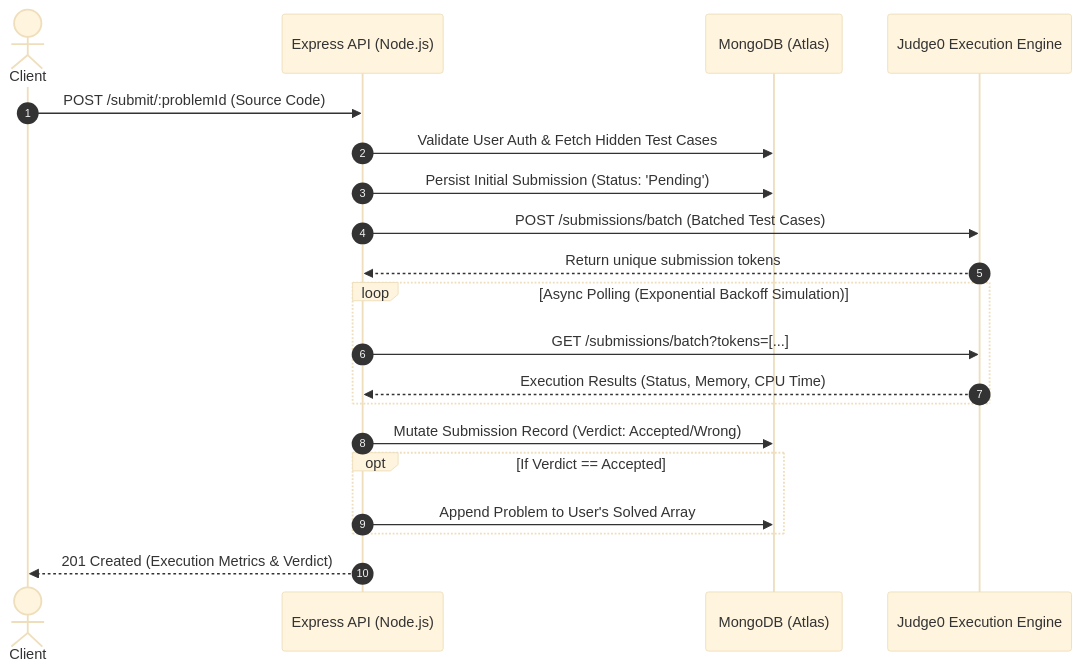
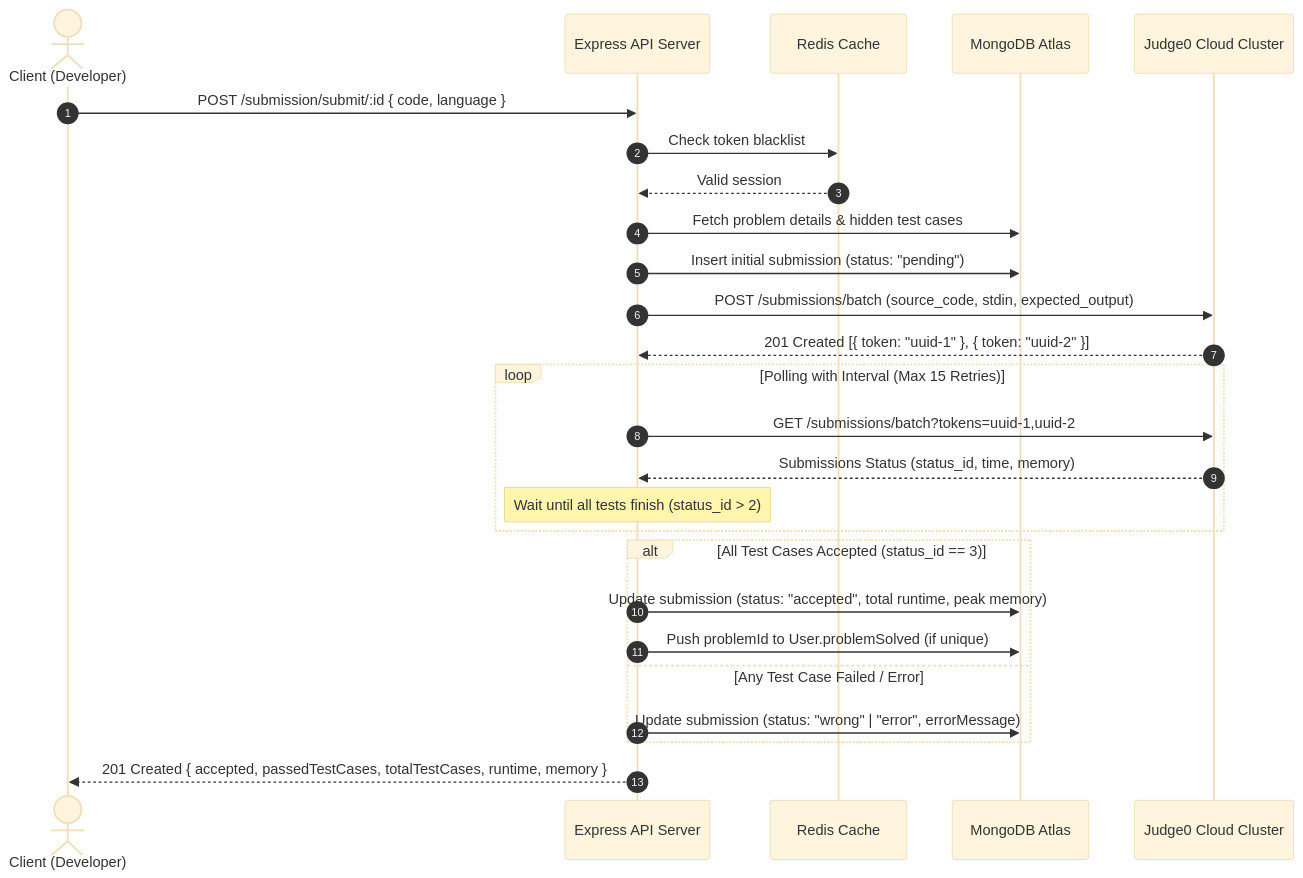
The second of 5 diagrams in README.md (Hardoo-009/NexCode-backend), drawn with Mermaid (base theme) before and after one commit. The commit also changed other lines of this file and 4 other files, not shown here.

````diff
--- a/README.md
+++ b/README.md
@@ -32,25 +116,32 @@
 ```mermaid
 sequenceDiagram
     autonumber
-    actor Client
-    participant API as Express API (Node.js)
-    participant DB as MongoDB (Atlas)
-    participant Engine as Judge0 Execution Engine
+    actor User as Client (Developer)
+    participant API as Express API Server
+    participant Redis as Redis Cache
+    participant DB as MongoDB Atlas
+    participant J0 as Judge0 Cloud Cluster
 
-    Client->>API: POST /submit/:problemId (Source Code)
-    API->>DB: Validate User Auth & Fetch Hidden Test Cases
-    API->>DB: Persist Initial Submission (Status: 'Pending')
-    API->>Engine: POST /submissions/batch (Batched Test Cases)
-    Engine-->>API: Return unique submission tokens
-
-    loop Async Polling (Exponential Backoff Simulation)
-        API->>Engine: GET /submissions/batch?tokens=[...]
-        Engine-->>API: Execution Results (Status, Memory, CPU Time)
+    User->>API: POST /submission/submit/:id { code, language }
+    API->>Redis: Check token blacklist
+    Redis-->>API: Valid session
+    API->>DB: Fetch problem details & hidden test cases
+    API->>DB: Insert initial submission (status: "pending")
+    
+    API->>J0: POST /submissions/batch (source_code, stdin, expected_output)
+    J0-->>API: 201 Created [{ token: "uuid-1" }, { token: "uuid-2" }]
+    
+    loop Polling with Interval (Max 15 Retries)
+        API->>J0: GET /submissions/batch?tokens=uuid-1,uuid-2
+        J0-->>API: Submissions Status (status_id, time, memory)
+        Note over API: Wait until all tests finish (status_id > 2)
     end
 
-    API->>DB: Mutate Submission Record (Verdict: Accepted/Wrong)
-    opt If Verdict == Accepted
-        API->>DB: Append Problem to User's Solved Array
+    alt All Test Cases Accepted (status_id == 3)
+        API->>DB: Update submission (status: "accepted", total runtime, peak memory)
+        API->>DB: Push problemId to User.problemSolved (if unique)
+    else Any Test Case Failed / Error
+        API->>DB: Update submission (status: "wrong" | "error", errorMessage)
     end
-    API-->>Client: 201 Created (Execution Metrics & Verdict)
+    API-->>User: 201 Created { accepted, passedTestCases, totalTestCases, runtime, memory }
 ```
````
